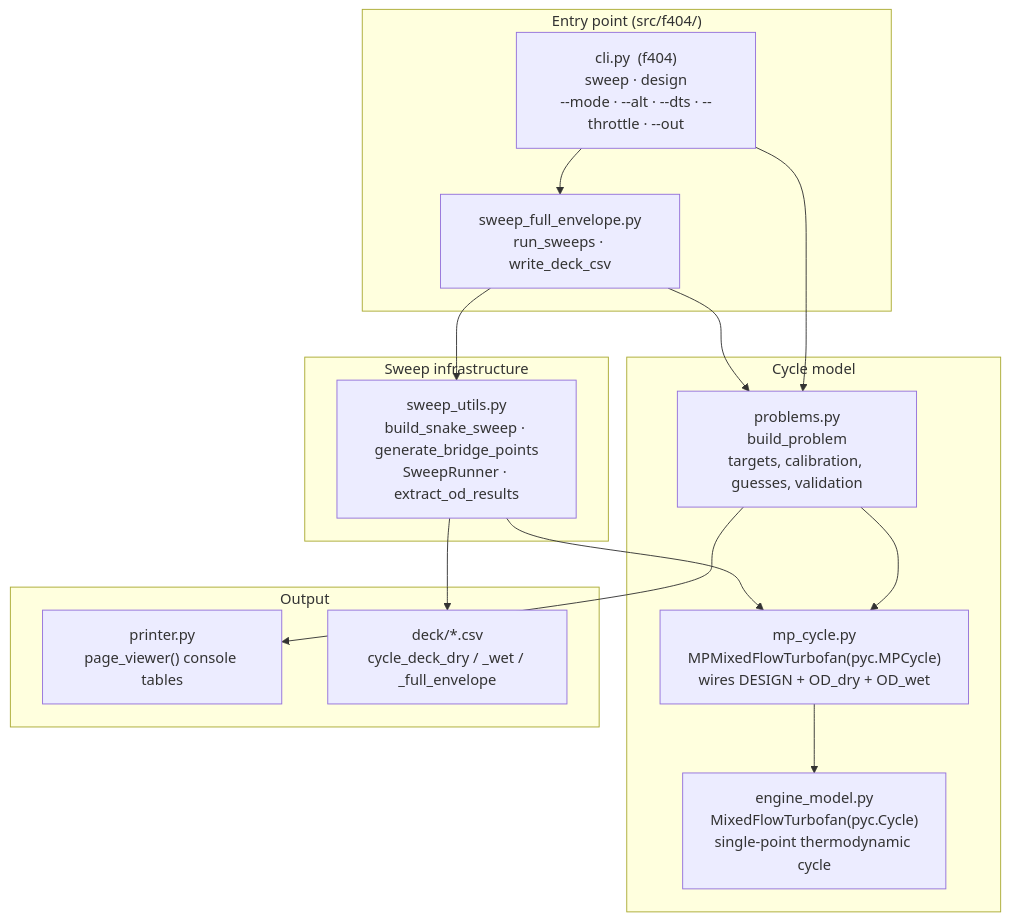
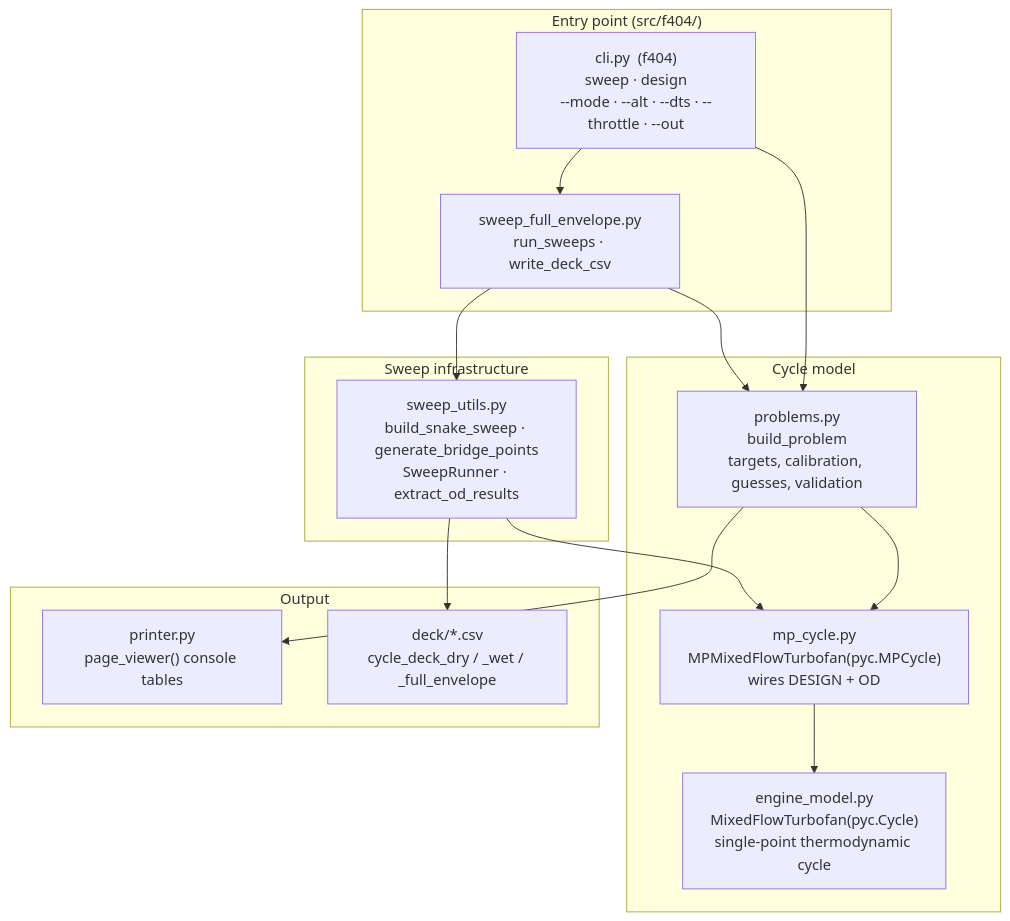
Before and after one commit to Jhawk414/F404: the diagram in README.md, drawn with Mermaid. The commit also changed other lines of this file and 28 other files, not shown here.

First line of the commit message:
One OD point from dry to max AB, with a Kumar augmentor loss and choked-continuity wet A8 (#36)

````diff
--- a/README.md
+++ b/README.md
@@ -82,32 +84,32 @@
 ```mermaid
 flowchart TD
     subgraph Drivers["Entry point (src/f404/)"]
         CLI["cli.py  (f404)<br/>sweep · design<br/>--mode · --alt · --dts · --throttle · --out"]
         A["sweep_full_envelope.py<br/>run_sweeps · write_deck_csv"]
     end
 
     subgraph Model["Cycle model"]
         B["problems.py<br/>build_problem<br/>targets, calibration, guesses, validation"]
-        C["mp_cycle.py<br/>MPMixedFlowTurbofan(pyc.MPCycle)<br/>wires DESIGN + OD_dry + OD_wet"]
+        C["mp_cycle.py<br/>MPMixedFlowTurbofan(pyc.MPCycle)<br/>wires DESIGN + OD"]
         D["engine_model.py<br/>MixedFlowTurbofan(pyc.Cycle)<br/>single-point thermodynamic cycle"]
     end
 
     subgraph Sweep["Sweep infrastructure"]
         E["sweep_utils.py<br/>build_snake_sweep · generate_bridge_points<br/>SweepRunner · extract_od_results"]
     end
 
     subgraph Output["Output"]
         F["printer.py<br/>page_viewer() console tables"]
         G["deck/*.csv<br/>cycle_deck_dry / _wet / _full_envelope"]
     end
 
     CLI --> A
     CLI --> B
     A --> B
     B --> C
     C --> D
     B --> F
     A --> E
     E --> C
     E --> G
 ```
````
